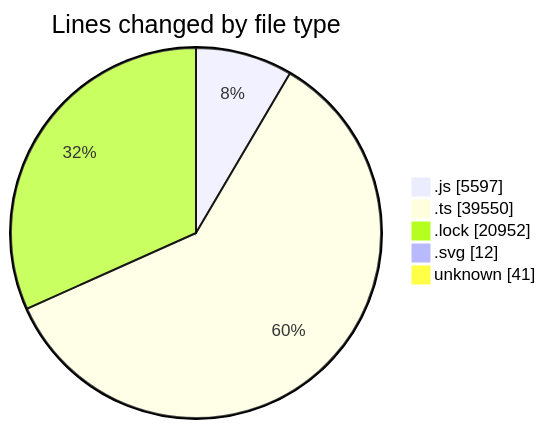
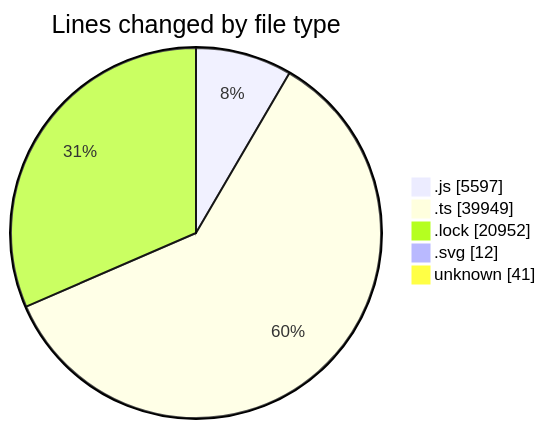
Before and after one commit to momahboobian/code-tracking: the first of 2 diagrams in 2025-08-12/cda/README.md, drawn with Mermaid. The commit also changed other lines of this file and 1 other file, not shown here.

````diff
--- a/2025-08-12/cda/README.md
+++ b/2025-08-12/cda/README.md
@@ -44,9 +44,9 @@
 ```mermaid
 pie showData
 title Lines changed by file type
 ".js" : 5597
-".ts" : 39550
+".ts" : 39949
 ".lock" : 20952
 ".svg" : 12
 "unknown" : 41
 ```
````
